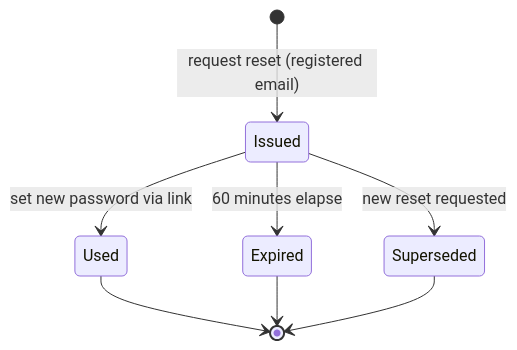
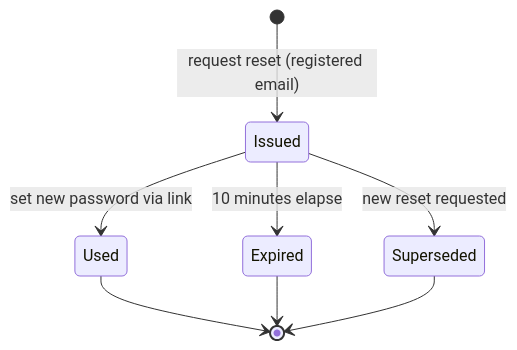
One commit to InakiMedina/HotelTrivago changed the diagram in docs/milestones/M3/diagrams/st-1-password-reset-token.mmd. Above: the diagram before and after it, drawn with Mermaid.

Commit message:
Change password reset token expiration to 10 minutes
Updated expiration time for password reset token.

```diff
--- a/docs/milestones/M3/diagrams/st-1-password-reset-token.mmd
+++ b/docs/milestones/M3/diagrams/st-1-password-reset-token.mmd
@@ -1,9 +1,9 @@
 %% ST-1 Password reset token (FR-3, BR-06) - see ../test-plan.md, section 4.4 State Transition (ST)
 stateDiagram-v2
     [*] --> Issued: request reset (registered email)
     Issued --> Used: set new password via link
-    Issued --> Expired: 60 minutes elapse
+    Issued --> Expired: 10 minutes elapse
     Issued --> Superseded: new reset requested
     Used --> [*]
     Expired --> [*]
     Superseded --> [*]
```
